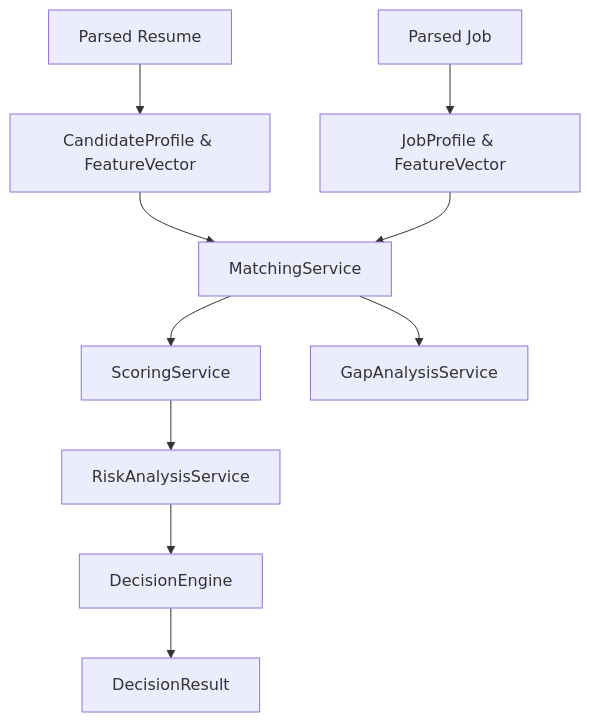
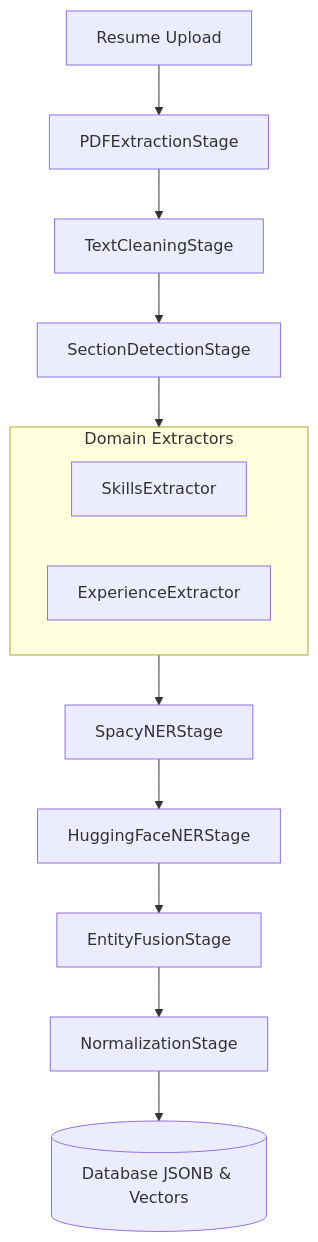
Before and after one commit to vanshbahl/resume-screener: the fifth of 5 diagrams in docs/04_APP_FLOW.md, drawn with Mermaid. The commit also changed other lines of this file and 5 other files, not shown here.

````diff
--- a/docs/04_APP_FLOW.md
+++ b/docs/04_APP_FLOW.md
@@ -109,16 +109,18 @@
 ```mermaid
 flowchart TD
-    A[Parsed Resume] --> B[CandidateProfile & FeatureVector]
-    C[Parsed Job] --> D[JobProfile & FeatureVector]
+    A[Resume Upload] --> B[PDFExtractionStage]
+    B --> C[TextCleaningStage]
+    C --> D[SectionDetectionStage]
     
-    B --> E[MatchingService]
-    D --> E
+    subgraph EntityExtractionStage [Domain Extractors]
+        F1[SkillsExtractor]
+        F2[ExperienceExtractor]
+    end
     
-    E --> F[ScoringService]
-    E --> G[GapAnalysisService]
-    
-    F --> H[RiskAnalysisService]
-    H --> I[DecisionEngine]
-    
-    I --> J[DecisionResult]
+    D --> EntityExtractionStage
+    EntityExtractionStage --> G[SpacyNERStage]
+    G --> H[HuggingFaceNERStage]
+    H --> I[EntityFusionStage]
+    I --> J[NormalizationStage]
+    J --> K[(Database JSONB & Vectors)]
 ```
````
